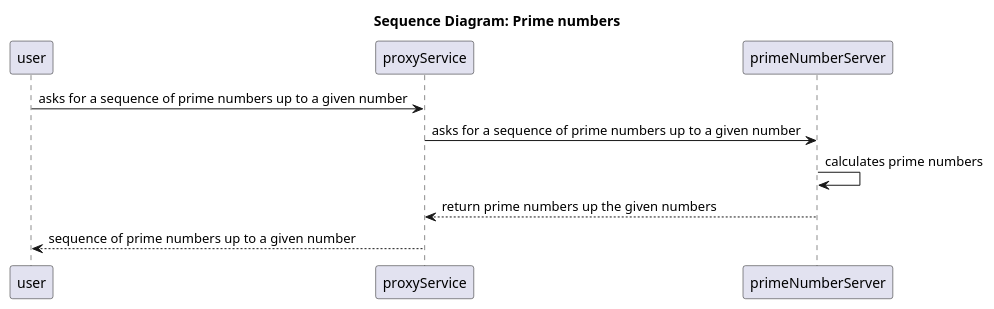
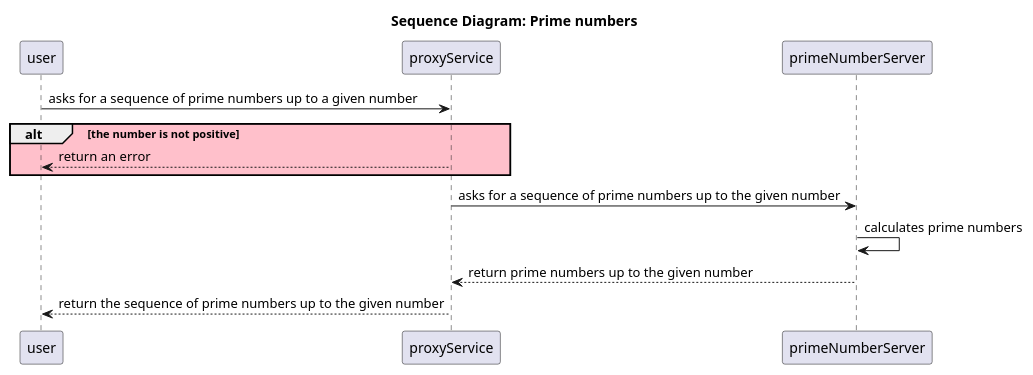
The third of 3 diagrams in README.md (sallareznov/optimus-prime), drawn with PlantUML before and after one commit.

Commit message:
doc: add error handling branch in documentation

````diff
--- a/README.md
+++ b/README.md
@@ -48,9 +48,12 @@
 ```plantuml
 title Sequence Diagram: Prime numbers
 
 user->proxyService: asks for a sequence of prime numbers up to a given number
-proxyService->primeNumberServer: asks for a sequence of prime numbers up to a given number
+alt #pink the number is not positive 
+proxyService-->user: return an error
+end
+proxyService->primeNumberServer: asks for a sequence of prime numbers up to the given number
 primeNumberServer->primeNumberServer: calculates prime numbers
-primeNumberServer-->proxyService: return prime numbers up the given numbers
-proxyService-->user: sequence of prime numbers up to a given number
+primeNumberServer-->proxyService: return prime numbers up to the given number
+proxyService-->user: return the sequence of prime numbers up to the given number
 ```
````
